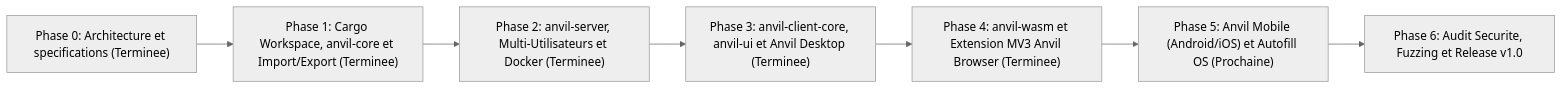
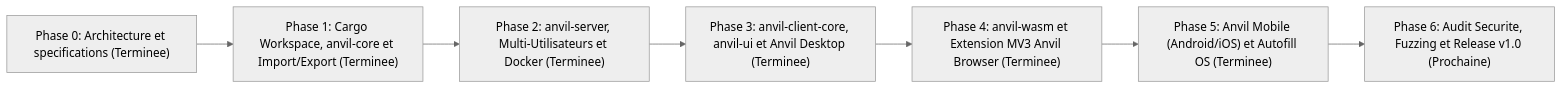
Before and after one commit to Viectra/anvil: the diagram in docs/ROADMAP.md, drawn with Mermaid (neutral theme). The commit also changed other lines of this file and 22 other files, not shown here.

Commit message:
update: added svelte mobile shell and android/ios autofill extensions #15

````diff
--- a/docs/ROADMAP.md
+++ b/docs/ROADMAP.md
@@ -31,12 +31,12 @@
 ```mermaid
 flowchart LR
     P0["Phase 0: Architecture et specifications (Terminee)"]
     P1["Phase 1: Cargo Workspace, anvil-core et Import/Export (Terminee)"]
     P2["Phase 2: anvil-server, Multi-Utilisateurs et Docker (Terminee)"]
     P3["Phase 3: anvil-client-core, anvil-ui et Anvil Desktop (Terminee)"]
     P4["Phase 4: anvil-wasm et Extension MV3 Anvil Browser (Terminee)"]
-    P5["Phase 5: Anvil Mobile (Android/iOS) et Autofill OS (Prochaine)"]
-    P6["Phase 6: Audit Securite, Fuzzing et Release v1.0"]
+    P5["Phase 5: Anvil Mobile (Android/iOS) et Autofill OS (Terminee)"]
+    P6["Phase 6: Audit Securite, Fuzzing et Release v1.0 (Prochaine)"]
 
     P0 --> P1 --> P2 --> P3 --> P4 --> P5 --> P6
 ```
````
